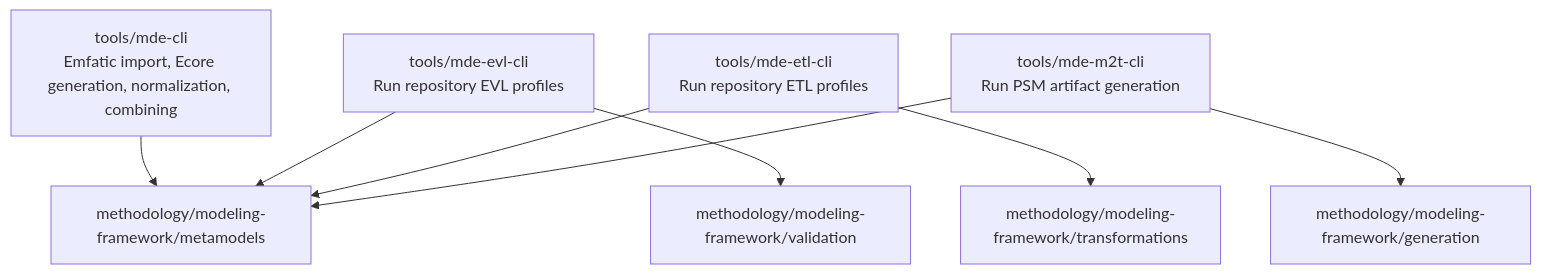
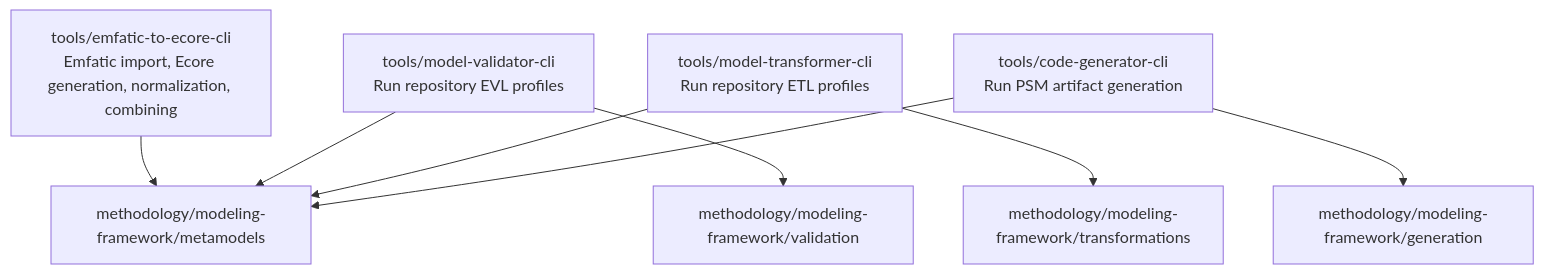
Before and after one commit to mehdieidi/modriss: the third of 3 diagrams in docs/diagrams/17-mde-architecture.md, drawn with Mermaid. The commit also changed 124 other files, not shown here.

Commit message:
chore(cli): rename cli tools

````diff
--- a/docs/diagrams/17-mde-architecture.md
+++ b/docs/diagrams/17-mde-architecture.md
@@ -72,19 +72,19 @@
 ```mermaid
 flowchart TB
-    mdecli["tools/mde-cli<br/>Emfatic import, Ecore generation, normalization, combining"]
-    evlcli["tools/mde-evl-cli<br/>Run repository EVL profiles"]
-    etlcli["tools/mde-etl-cli<br/>Run repository ETL profiles"]
-    m2tcli["tools/mde-m2t-cli<br/>Run PSM artifact generation"]
+    emfatictoecore["tools/emfatic-to-ecore-cli<br/>Emfatic import, Ecore generation, normalization, combining"]
+    modelValidationCli["tools/model-validator-cli<br/>Run repository EVL profiles"]
+    modelTransformationCli["tools/model-transformer-cli<br/>Run repository ETL profiles"]
+    codeGeneratorCli["tools/code-generator-cli<br/>Run PSM artifact generation"]
     metamodels["methodology/modeling-framework/metamodels"]
     validations["methodology/modeling-framework/validation"]
     transformations["methodology/modeling-framework/transformations"]
     generation["methodology/modeling-framework/generation"]
 
-    mdecli --> metamodels
-    evlcli --> validations
-    evlcli --> metamodels
-    etlcli --> transformations
-    etlcli --> metamodels
-    m2tcli --> generation
-    m2tcli --> metamodels
+    emfatictoecore --> metamodels
+    modelValidationCli --> validations
+    modelValidationCli --> metamodels
+    modelTransformationCli --> transformations
+    modelTransformationCli --> metamodels
+    codeGeneratorCli --> generation
+    codeGeneratorCli --> metamodels
 ```
````
